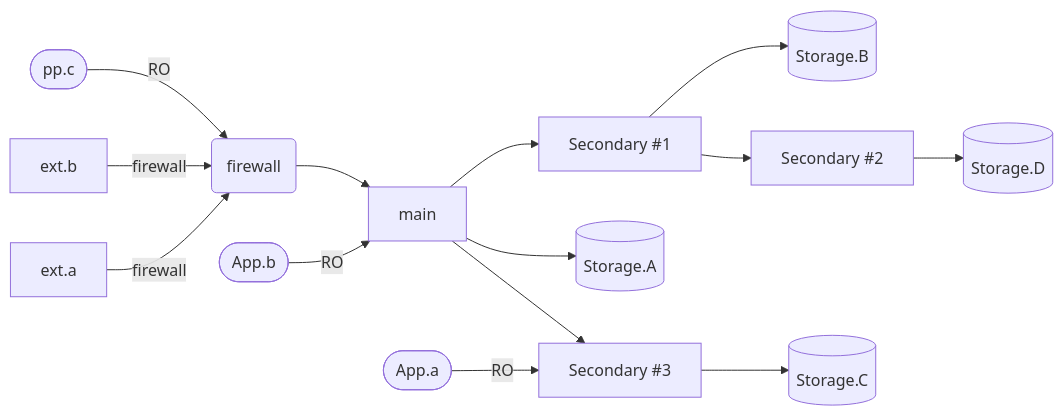
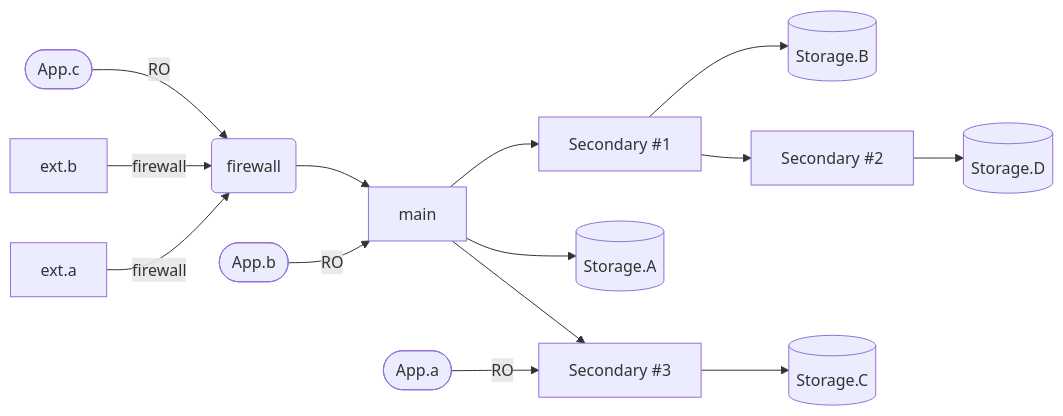
The diagram in README.md (hallta/distributed-sql), drawn with Mermaid before and after one commit. The commit also changed other lines of this file, not shown here.

````diff
--- a/README.md
+++ b/README.md
@@ -18,16 +10,16 @@
 ```mermaid
 flowchart LR;
     RP1[ext.a] -->|firewall| fw(firewall);
     RP2[ext.b] -->|firewall| fw(firewall);
     app([App.a]) -->|RO| F;
     appb([App.b]) -->|RO| A;
-    appc([pp.c]) -->|RO| fw;
+    appc([App.c]) -->|RO| fw;
     fw --> A;
     A[main] --> B[(Storage.A)];
     A[main] --> C[Secondary #1];
     A[main] --> F[Secondary #3];
     C[Secondary #1] --> D[(Storage.B)];
     C[Secondary #1] --> E[Secondary #2];
     F[Secondary #3] --> G[(Storage.C)];
     E[Secondary #2] --> H[(Storage.D)];
 ```
````
